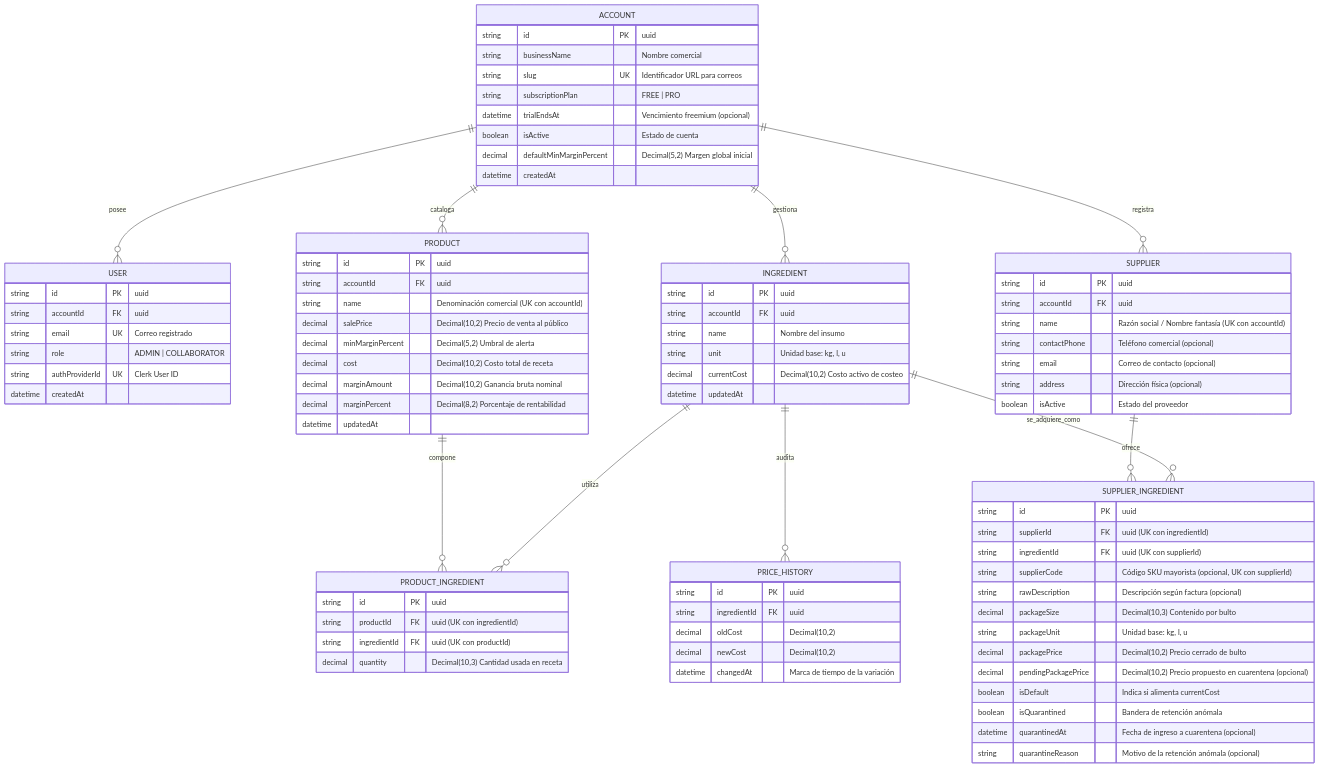
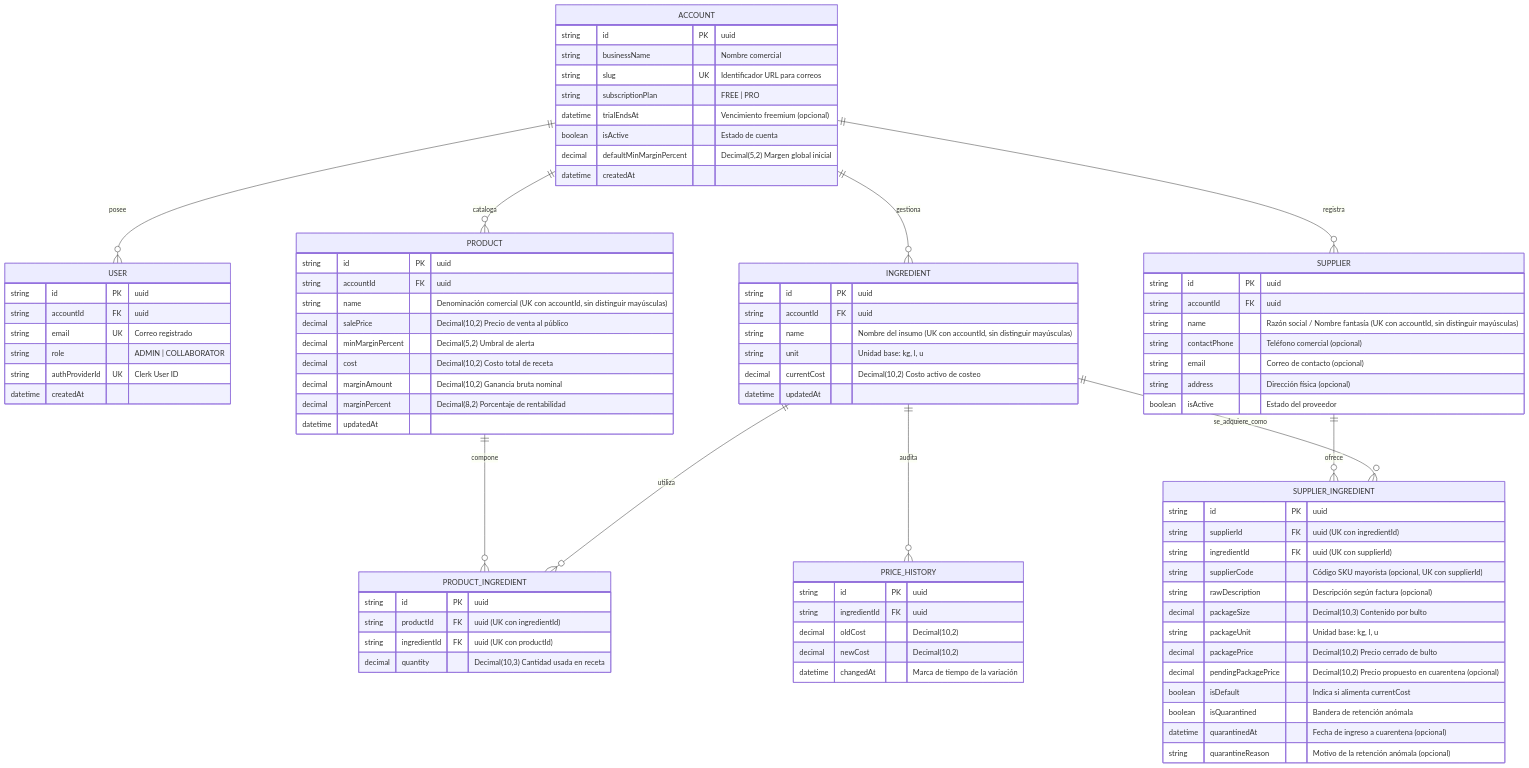
Before and after one commit to dgimenezdeveloper/margenx: the first of 3 diagrams in docs/Arquitectura-Software-(SAD).md, drawn with Mermaid. The commit also changed 19 other files, not shown here.

```diff
--- a/docs/Arquitectura-Software-(SAD).md
+++ b/docs/Arquitectura-Software-(SAD).md
@@ -158,7 +158,7 @@
     INGREDIENT {
         string id PK "uuid"
         string accountId FK "uuid"
-        string name "Nombre del insumo"
+        string name "Nombre del insumo (UK con accountId, sin distinguir mayúsculas)"
         string unit "Unidad base: kg, l, u"
         decimal currentCost "Decimal(10,2) Costo activo de costeo"
         datetime updatedAt
@@ -167,7 +167,7 @@
     SUPPLIER {
         string id PK "uuid"
         string accountId FK "uuid"
-        string name "Razón social / Nombre fantasía (UK con accountId)"
+        string name "Razón social / Nombre fantasía (UK con accountId, sin distinguir mayúsculas)"
         string contactPhone "Teléfono comercial (opcional)"
         string email "Correo de contacto (opcional)"
         string address "Dirección física (opcional)"
@@ -201,7 +201,7 @@
     PRODUCT {
         string id PK "uuid"
         string accountId FK "uuid"
-        string name "Denominación comercial (UK con accountId)"
+        string name "Denominación comercial (UK con accountId, sin distinguir mayúsculas)"
         decimal salePrice "Decimal(10,2) Precio de venta al público"
         decimal minMarginPercent "Decimal(5,2) Umbral de alerta"
         decimal cost "Decimal(10,2) Costo total de receta"
```
